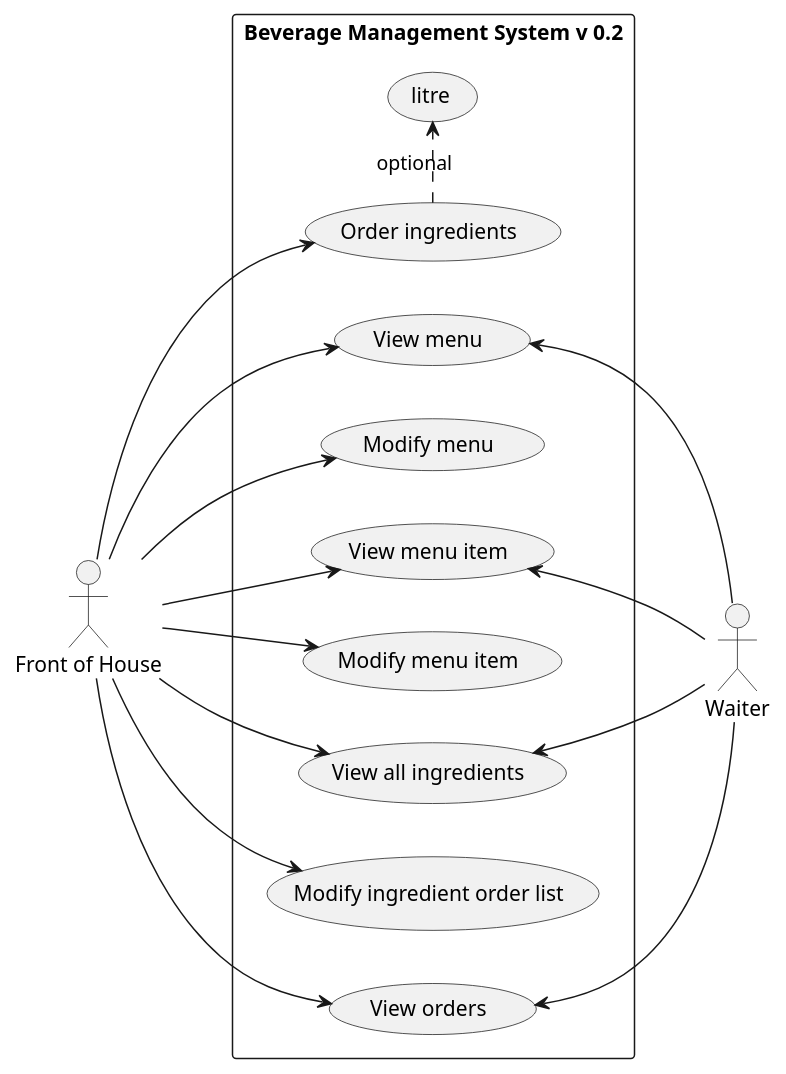
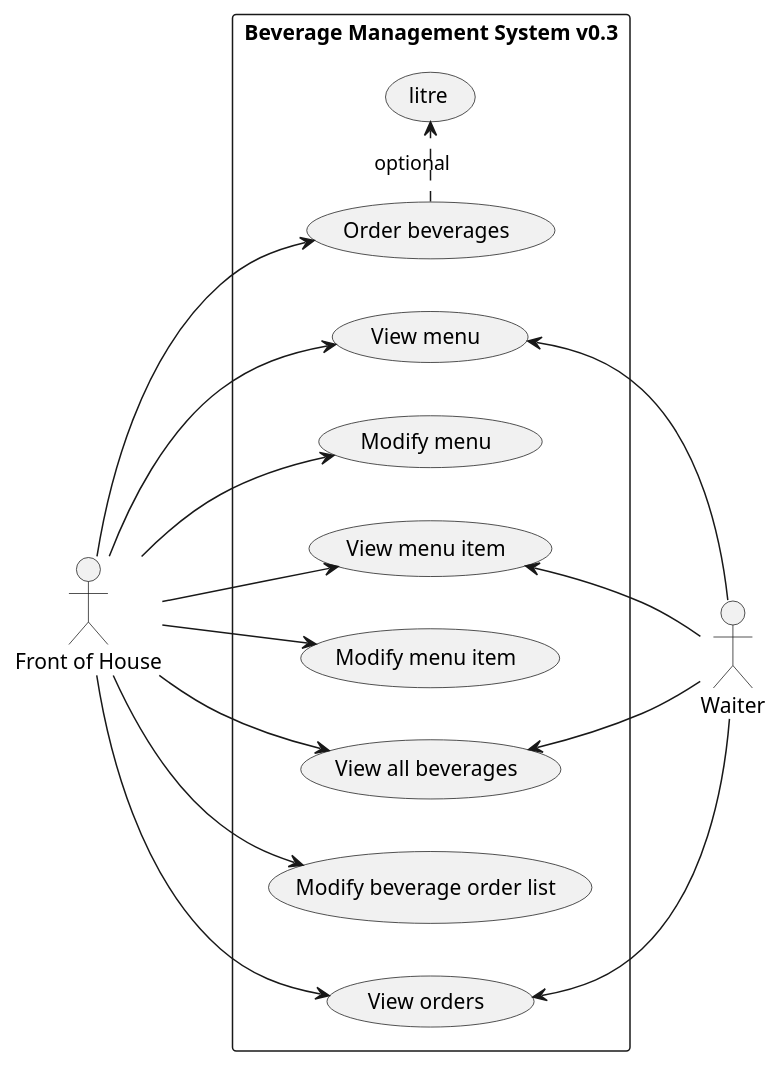
One commit to mrjink/molveno changed the diagram in src/main/docs/uml/use-case/restaurant/bar.puml. Above: the diagram before and after it, drawn with PlantUML. The commit also changed 7 other files, not shown here.

```diff
--- a/src/main/docs/uml/use-case/restaurant/bar.puml
+++ b/src/main/docs/uml/use-case/restaurant/bar.puml
@@ -1,38 +1,38 @@
 @startuml
 
 left to right direction
 
 actor "Front of House" as FoH
 actor Waiter
 
-rectangle "Beverage Management System v 0.2" {
+rectangle "Beverage Management System v0.3" {
     (View menu) as (MenuView)
     (Modify menu) as (MenuUpdate)
 
     (View menu item) as (MenuItemView)
     (Modify menu item) as (MenuItemUpdate)
 
-    (View all ingredients) as (IngredientAll)
-    (Modify ingredient order list) as (IngredientUpdate)
-    (Order ingredients) as (IngredientOrder)
+    (View all beverages) as (BeverageAll)
+    (Modify beverage order list) as (BeverageUpdate)
+    (Order beverages) as (BeverageOrder)
     (View orders) as (BarOrderView)
-    (litre) as (IngredientQuantity)
-    (IngredientOrder) .> (IngredientQuantity) : optional
+    (litre) as (BeverageQuantity)
+    (BeverageOrder) .> (BeverageQuantity) : optional
 
     FoH --> (MenuView)
     FoH --> (MenuUpdate)
     FoH --> (MenuItemView)
     FoH --> (MenuItemUpdate)
 
-    FoH --> (IngredientAll)
-    FoH --> (IngredientUpdate)
-    FoH --> (IngredientOrder)
+    FoH --> (BeverageAll)
+    FoH --> (BeverageUpdate)
+    FoH --> (BeverageOrder)
     FoH --> (BarOrderView)
 
     (MenuView) <-- Waiter
     (MenuItemView) <-- Waiter
-    (IngredientAll) <-- Waiter
+    (BeverageAll) <-- Waiter
     (BarOrderView) <-- Waiter
 }
 
 @enduml
```
